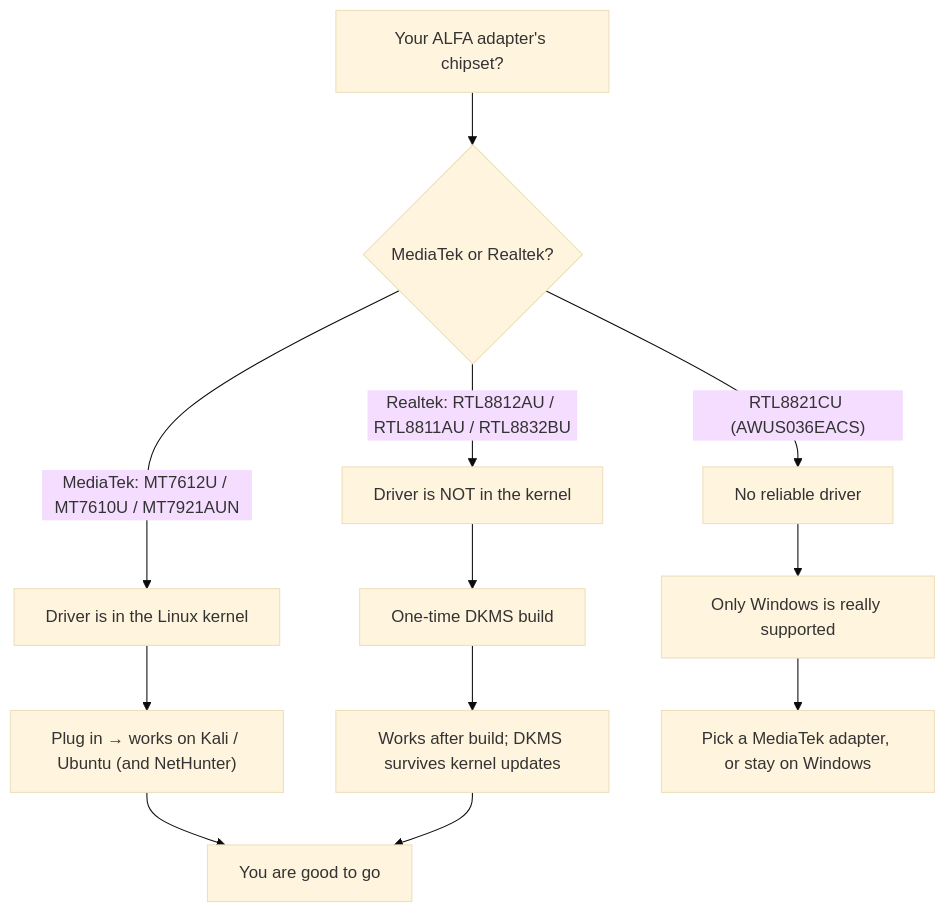
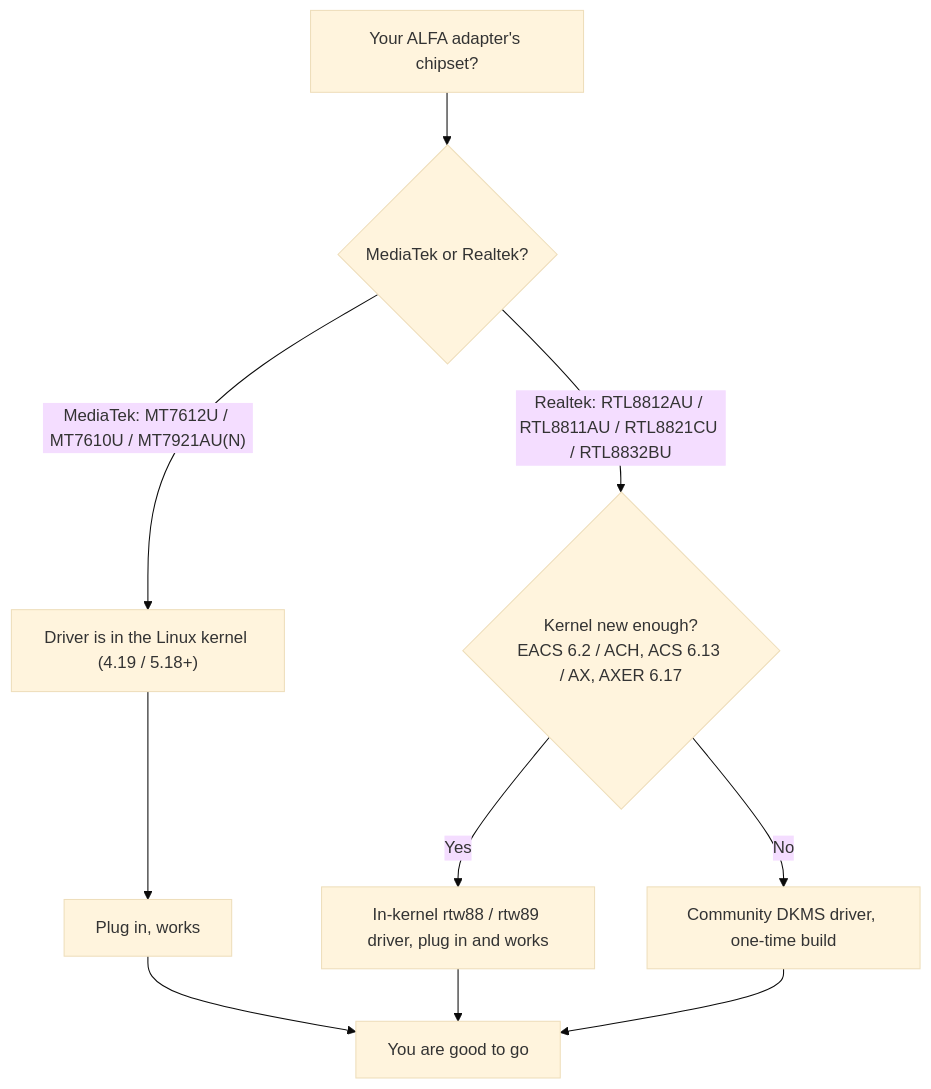
One commit to yopitek/yupitek-wiki changed the diagram in i18n/zh-CN/docusaurus-plugin-content-docs/current/01-alfa-network/linux-compatibility-matrix.md. Above: the diagram before and after it, drawn with Mermaid (base theme). The commit also changed other lines of this file and 108 other files, not shown here.

````diff
--- a/i18n/zh-CN/docusaurus-plugin-content-docs/current/01-alfa-network/linux-compatibility-matrix.md
+++ b/i18n/zh-CN/docusaurus-plugin-content-docs/current/01-alfa-network/linux-compatibility-matrix.md
@@ -15,14 +15,12 @@
 ```mermaid
 flowchart TD
     A["Your ALFA adapter's chipset?"] --> B{"MediaTek or Realtek?"}
-    B -->|"MediaTek: MT7612U / MT7610U / MT7921AUN"| C["Driver is in the Linux kernel"]
-    C --> D["Plug in → works on Kali / Ubuntu (and NetHunter)"]
-    B -->|"Realtek: RTL8812AU / RTL8811AU / RTL8832BU"| E["Driver is NOT in the kernel"]
-    E --> F["One-time DKMS build"]
-    F --> G["Works after build; DKMS survives kernel updates"]
-    B -->|"RTL8821CU (AWUS036EACS)"| H["No reliable driver"]
-    H --> I["Only Windows is really supported"]
+    B -->|"MediaTek: MT7612U / MT7610U / MT7921AU(N)"| C["Driver is in the Linux kernel (4.19 / 5.18+)"]
+    C --> D["Plug in, works"]
+    B -->|"Realtek: RTL8812AU / RTL8811AU / RTL8821CU / RTL8832BU"| E{"Kernel new enough?<br/>EACS 6.2 / ACH, ACS 6.13 / AX, AXER 6.17"}
+    E -->|"Yes"| F["In-kernel rtw88 / rtw89 driver, plug in and works"]
+    E -->|"No"| G["Community DKMS driver, one-time build"]
     D --> J["You are good to go"]
+    F --> J
     G --> J
-    I --> K["Pick a MediaTek adapter, or stay on Windows"]
 ```
````
